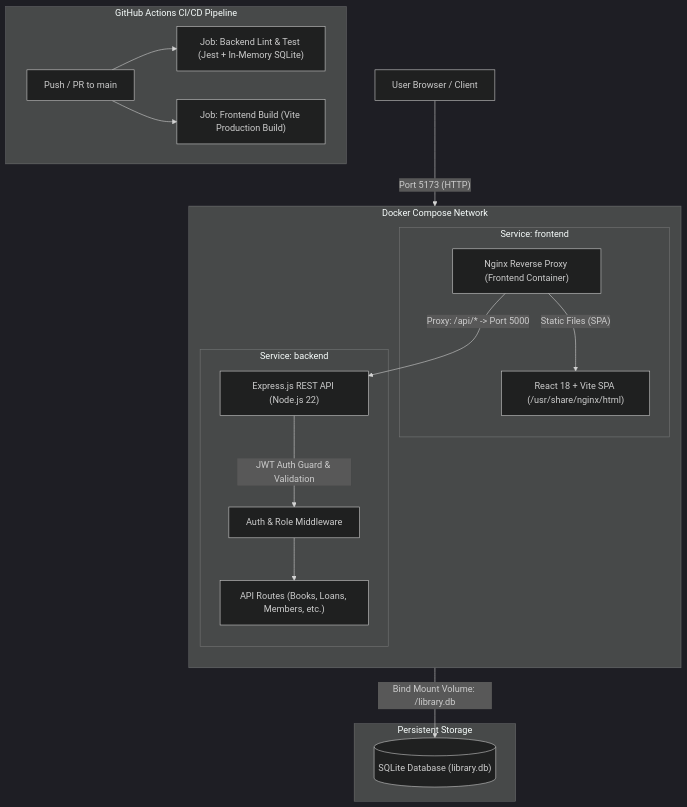
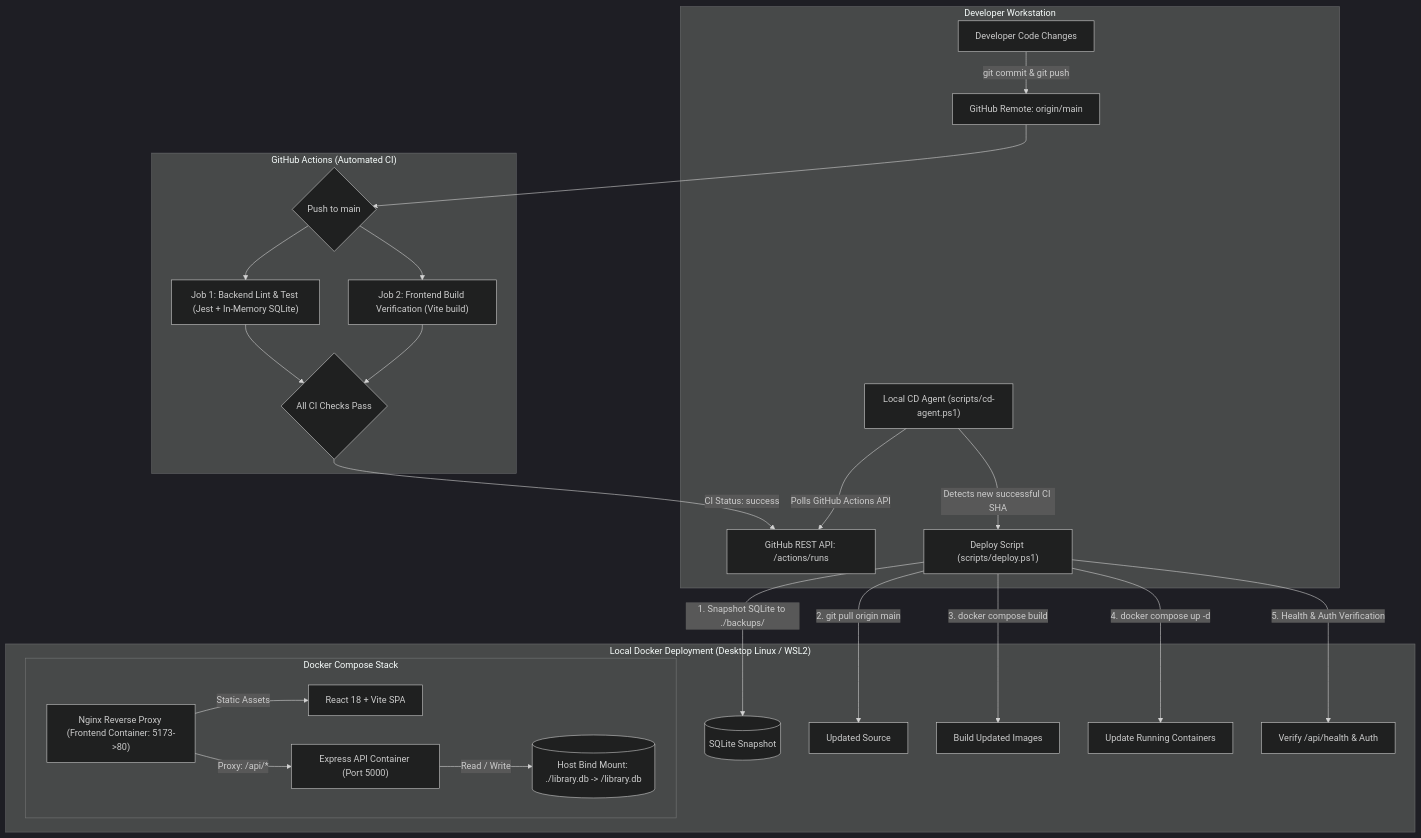
One commit to HARSHITA-JETHANI/containerized-library-management changed the diagram in README.md. Above: the diagram before and after it, drawn with Mermaid (dark theme). The commit also changed other lines of this file and 2 other files, not shown here.

Commit message:
Fix cd-agent variable interpolation; update README and .gitignore

````diff
--- a/README.md
+++ b/README.md
@@ -9,27 +12,37 @@
 ```mermaid
 flowchart TD
-    Client["User Browser / Client"] -->|"Port 5173 (HTTP)"| Nginx["Nginx Reverse Proxy (Frontend Container)"]
-    
-    subgraph Docker_Compose["Docker Compose Network"]
-        direction TB
-        subgraph Frontend_Service["Service: frontend"]
-            Nginx -->|"Static Files (SPA)"| ReactApp["React 18 + Vite SPA (/usr/share/nginx/html)"]
-        end
-        
-        subgraph Backend_Service["Service: backend"]
-            Nginx -->|"Proxy: /api/* -> Port 5000"| ExpressAPI["Express.js REST API (Node.js 22)"]
-            ExpressAPI -->|"JWT Auth Guard & Validation"| Middleware["Auth & Role Middleware"]
-            Middleware --> Routes["API Routes (Books, Loans, Members, etc.)"]
+    subgraph Developer_Workstation["Developer Workstation"]
+        Dev["Developer Code Changes"] -->|"git commit & git push"| GitRepo["GitHub Remote: origin/main"]
+        LocalAgent["Local CD Agent (scripts/cd-agent.ps1)"] -->|"Polls GitHub Actions API"| GitHubAPI["GitHub REST API: /actions/runs"]
+        DeployScript["Deploy Script (scripts/deploy.ps1)"]
+    end
+
+    subgraph GitHub_Cloud["GitHub Actions (Automated CI)"]
+        GitRepo --> CI_Trigger{"Push to main"}
+        CI_Trigger --> Job1["Job 1: Backend Lint & Test (Jest + In-Memory SQLite)"]
+        CI_Trigger --> Job2["Job 2: Frontend Build Verification (Vite build)"]
+        Job1 --> CI_Pass{"All CI Checks Pass"}
+        Job2 --> CI_Pass
+        CI_Pass -->|"CI Status: success"| GitHubAPI
+    end
+
+    subgraph Local_Container_Deployment["Local Docker Deployment (Desktop Linux / WSL2)"]
+        LocalAgent -->|"Detects new successful CI SHA"| DeployScript
+        DeployScript -->|"1. Snapshot SQLite to ./backups/"| Backup[("SQLite Snapshot")]
+        DeployScript -->|"2. git pull origin main"| GitPull["Updated Source"]
+        DeployScript -->|"3. docker compose build"| DockerBuild["Build Updated Images"]
+        DeployScript -->|"4. docker compose up -d"| ComposeUp["Update Running Containers"]
+        DeployScript -->|"5. Health & Auth Verification"| HealthCheck["Verify /api/health & Auth"]
+
+        subgraph Docker_Compose_Stack["Docker Compose Stack"]
+            Nginx["Nginx Reverse Proxy (Frontend Container: 5173->80)"]
+            ReactApp["React 18 + Vite SPA"]
+            ExpressAPI["Express API Container (Port 5000)"]
+            SQLiteFile[("Host Bind Mount: ./library.db -> /library.db")]
+
+            Nginx -->|"Static Assets"| ReactApp
+            Nginx -->|"Proxy: /api/*"| ExpressAPI
+            ExpressAPI -->|"Read / Write"| SQLiteFile
         end
     end
-
-    subgraph Data_Persistence["Persistent Storage"]
-        Routes -->|"Bind Mount Volume: /library.db"| SQLiteDB[("SQLite Database (library.db)")]
-    end
-
-    subgraph CI_CD_Pipeline["GitHub Actions CI/CD Pipeline"]
-        direction LR
-        GitPush["Push / PR to main"] --> CI_Backend["Job: Backend Lint & Test (Jest + In-Memory SQLite)"]
-        GitPush --> CI_Frontend["Job: Frontend Build (Vite Production Build)"]
-    end
 ```
````
